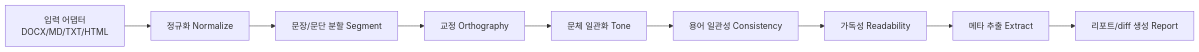
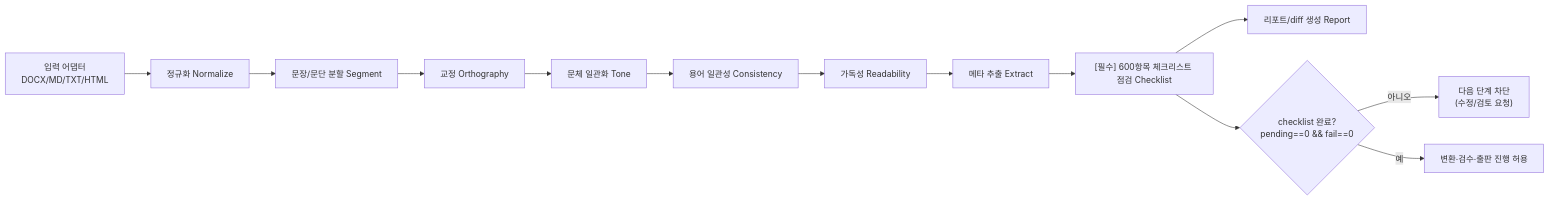
The diagram in docs/02_윤문기엔진_상세설계서.md (sooasim/book), drawn with Mermaid before and after one commit. The commit also changed other lines of this file and 9 other files, not shown here.

First line of the commit message:
윤문기에 600항목 체크리스트 필수 적용(Hard Gate) 명문화

````diff
--- a/docs/02_윤문기엔진_상세설계서.md
+++ b/docs/02_윤문기엔진_상세설계서.md
@@ -58,11 +104,15 @@
 ```mermaid
 flowchart LR
   I["입력 어댑터\nDOCX/MD/TXT/HTML"] --> N["정규화 Normalize"]
   N --> SEG["문장/문단 분할 Segment"]
   SEG --> ORT["교정 Orthography"]
   ORT --> TON["문체 일관화 Tone"]
   TON --> CON["용어 일관성 Consistency"]
   CON --> RDB["가독성 Readability"]
   RDB --> EXT["메타 추출 Extract"]
-  EXT --> REP["리포트/diff 생성 Report"]
+  EXT --> CHK["[필수] 600항목 체크리스트 점검 Checklist"]
+  CHK --> REP["리포트/diff 생성 Report"]
+  CHK --> GATE{"checklist 완료?\npending==0 && fail==0"}
+  GATE -->|아니오| STOP["다음 단계 차단\n(수정/검토 요청)"]
+  GATE -->|예| NEXT["변환·검수·출판 진행 허용"]
 ```
````
